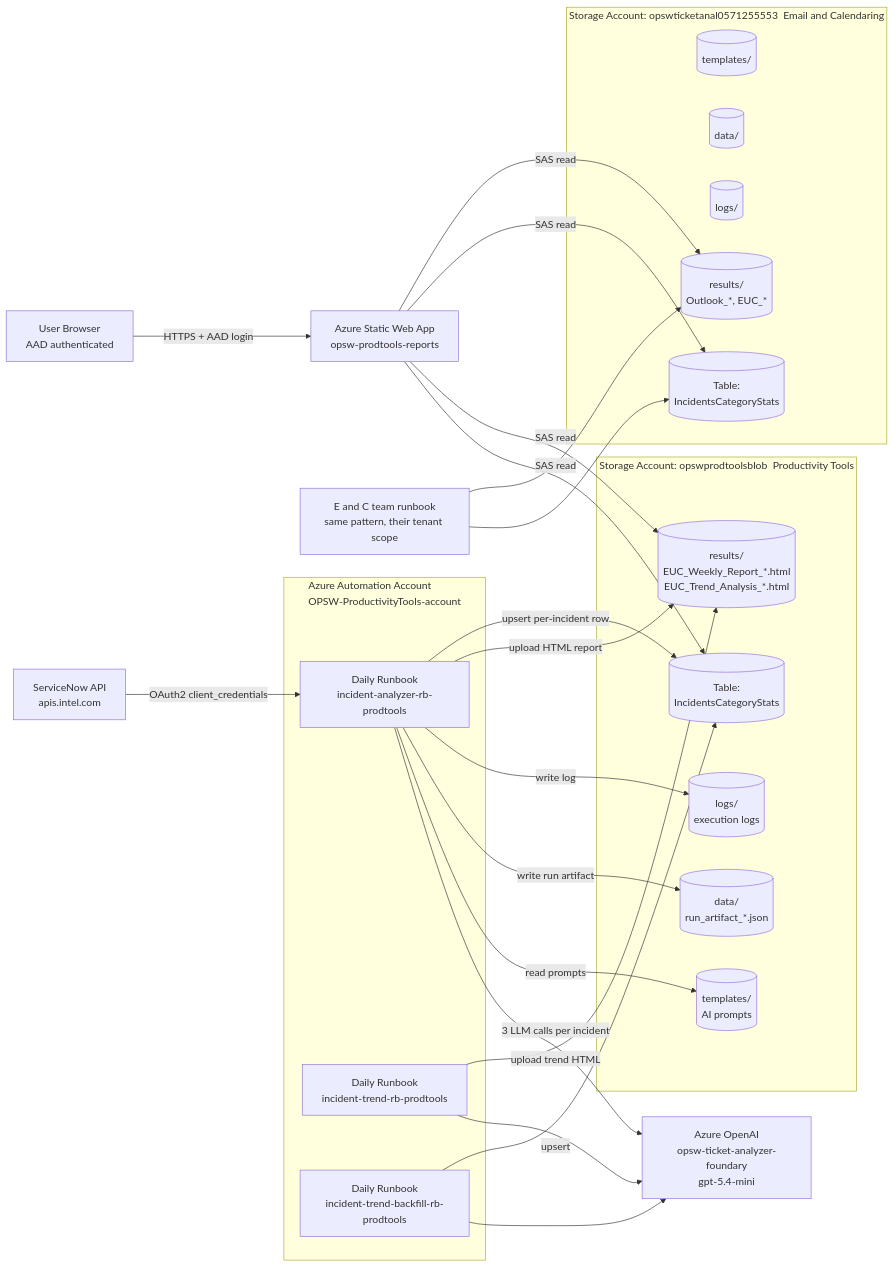
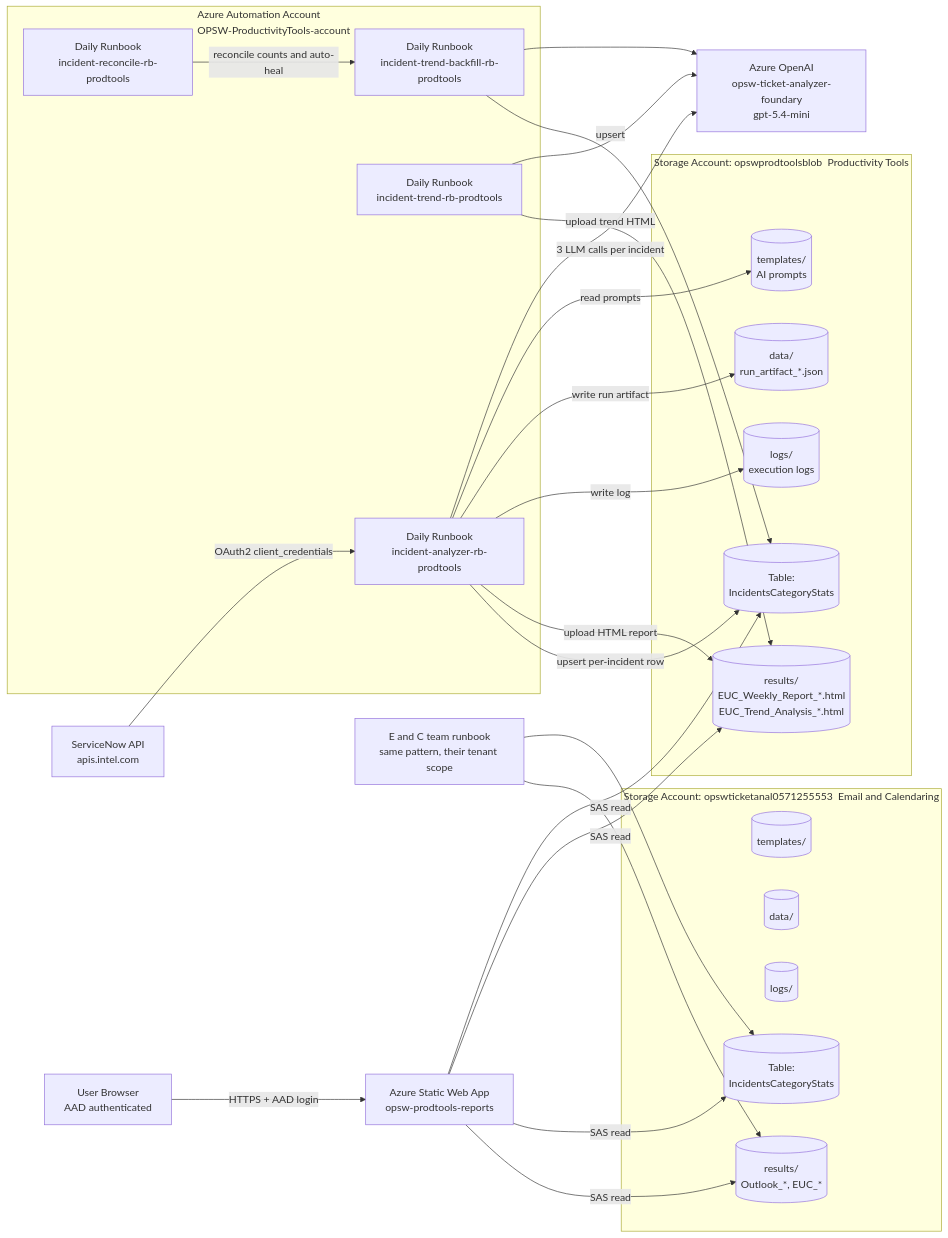
The first of 2 diagrams in docs/ARCHITECTURE.md (rohitagr92/cce_ticket_analyzer_agent), drawn with Mermaid before and after one commit. The commit also changed other lines of this file and 47 other files, not shown here.

````diff
--- a/docs/ARCHITECTURE.md
+++ b/docs/ARCHITECTURE.md
@@ -9,50 +9,52 @@
 ```mermaid
 flowchart LR
   SN[ServiceNow API<br/>apis.intel.com] -->|OAuth2 client_credentials| AA
 
   subgraph AzureAutomation[Azure Automation Account<br/>OPSW-ProductivityTools-account]
     AA[Daily Runbook<br/>incident-analyzer-rb-prodtools]
     TR[Daily Runbook<br/>incident-trend-rb-prodtools]
     BF[Daily Runbook<br/>incident-trend-backfill-rb-prodtools]
+    RC[Daily Runbook<br/>incident-reconcile-rb-prodtools]
   end
 
   AA -->|3 LLM calls per incident| AOAI[Azure OpenAI<br/>opsw-ticket-analyzer-foundary<br/>gpt-5.4-mini]
   TR --> AOAI
   BF --> AOAI
+  RC -->|reconcile counts and auto-heal| BF
 
   subgraph StoragePT[Storage Account: opswprodtoolsblob &nbsp;Productivity Tools]
     TPL[(templates/<br/>AI prompts)]
     DAT[(data/<br/>run_artifact_*.json)]
     LOG[(logs/<br/>execution logs)]
     RES[(results/<br/>EUC_Weekly_Report_*.html<br/>EUC_Trend_Analysis_*.html)]
     TBL[(Table:<br/>IncidentsCategoryStats)]
   end
 
   subgraph StorageEC[Storage Account: opswticketanal0571255553 &nbsp;Email and Calendaring]
     TPL2[(templates/)]
     DAT2[(data/)]
     LOG2[(logs/)]
     RES2[(results/<br/>Outlook_*, EUC_*)]
     TBL2[(Table:<br/>IncidentsCategoryStats)]
   end
 
   AA -->|read prompts| TPL
   AA -->|write run artifact| DAT
   AA -->|write log| LOG
   AA -->|upload HTML report| RES
   AA -->|upsert per-incident row| TBL
   TR -->|upload trend HTML| RES
   BF -->|upsert| TBL
 
   EC[E and C team runbook<br/>same pattern, their tenant scope] --> TBL2
   EC --> RES2
 
   SWA[Azure Static Web App<br/>opsw-prodtools-reports]
   USER[User Browser<br/>AAD authenticated]
 
   USER -->|HTTPS + AAD login| SWA
   SWA -->|SAS read| TBL
   SWA -->|SAS read| RES
   SWA -->|SAS read| TBL2
   SWA -->|SAS read| RES2
 ```
````
